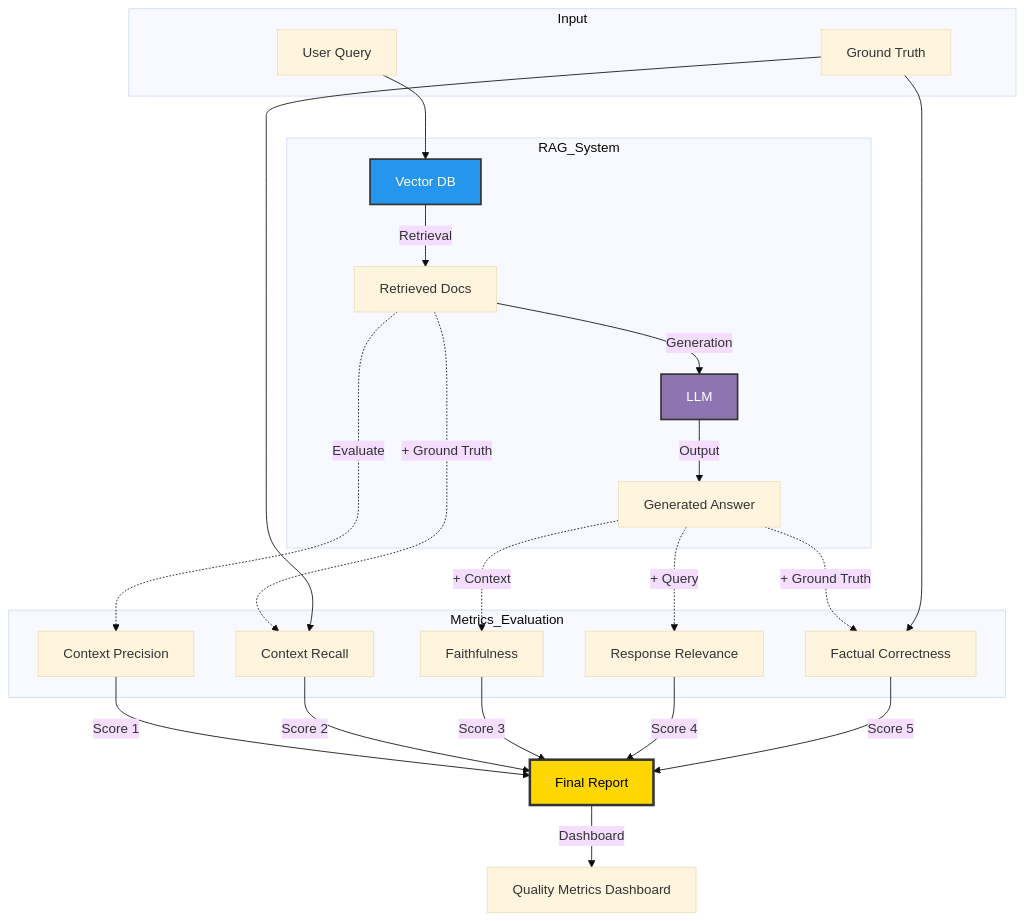
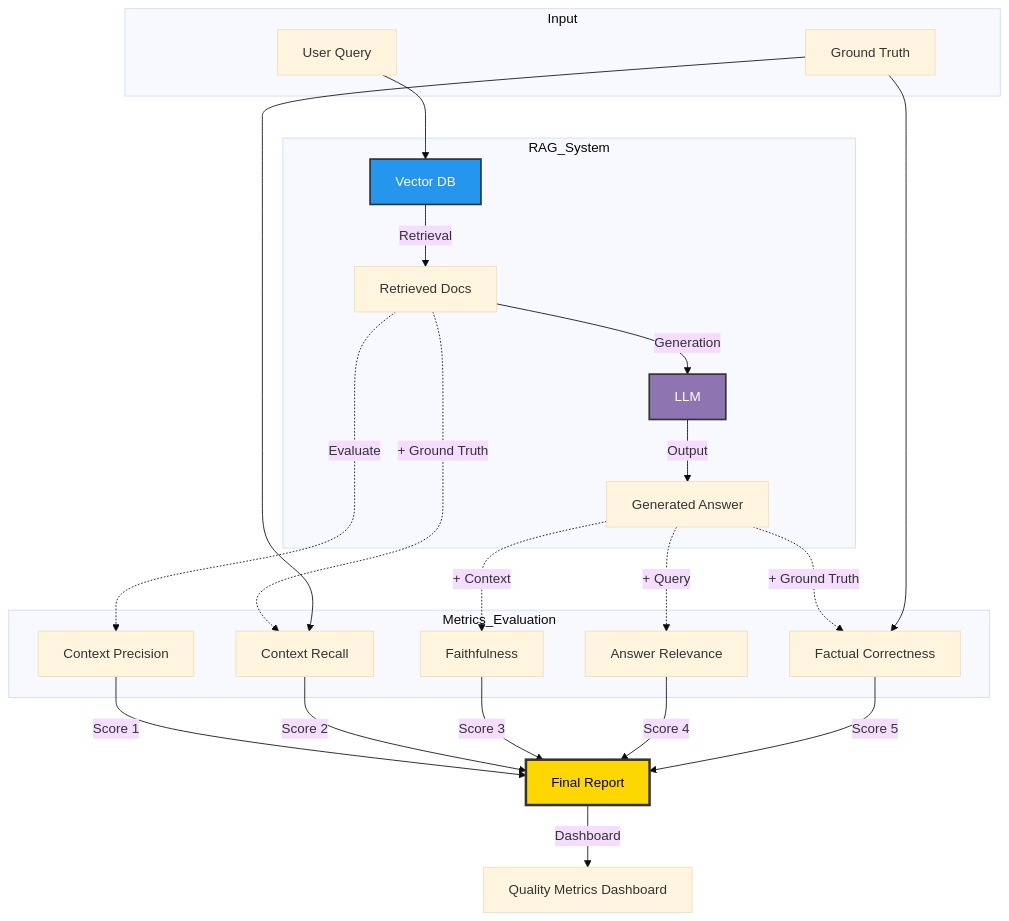
Diagram 12 of 13 in ARCHITECTURE.md (abhi9avx/ragas-llm-evaluation), drawn with Mermaid (base theme) before and after one commit. The commit also changed other lines of this file and 5 other files, not shown here.

````diff
--- a/ARCHITECTURE.md
+++ b/ARCHITECTURE.md
@@ -495,37 +495,37 @@
 ```mermaid
 graph TD
     subgraph Input
         A[User Query]
         B[Ground Truth]
     end
     
     subgraph RAG_System
         C[Vector DB] -->|Retrieval| D[Retrieved Docs]
         D -->|Generation| E[LLM]
         E -->|Output| F[Generated Answer]
     end
     
     subgraph Metrics_Evaluation
         D -.->|Evaluate| M1[Context Precision]
         D -.->|+ Ground Truth| M2[Context Recall]
         F -.->|+ Context| M3[Faithfulness]
-        F -.->|+ Query| M4[Response Relevance]
+        F -.->|+ Query| M4[Answer Relevance]
         F -.->|+ Ground Truth| M5[Factual Correctness]
     end
     
     A --> C
     B --> M2
     B --> M5
     
     M1 -->|Score 1| R[Final Report]
     M2 -->|Score 2| R
     M3 -->|Score 3| R
     M4 -->|Score 4| R
     M5 -->|Score 5| R
     
     R -->|Dashboard| G[Quality Metrics Dashboard]
     
     style C fill:#2496ED,stroke:#333,stroke-width:2px,color:white
     style E fill:#8E75B2,stroke:#333,stroke-width:2px,color:white
     style R fill:#FFD700,stroke:#333,stroke-width:3px,color:#000
 ```
````
